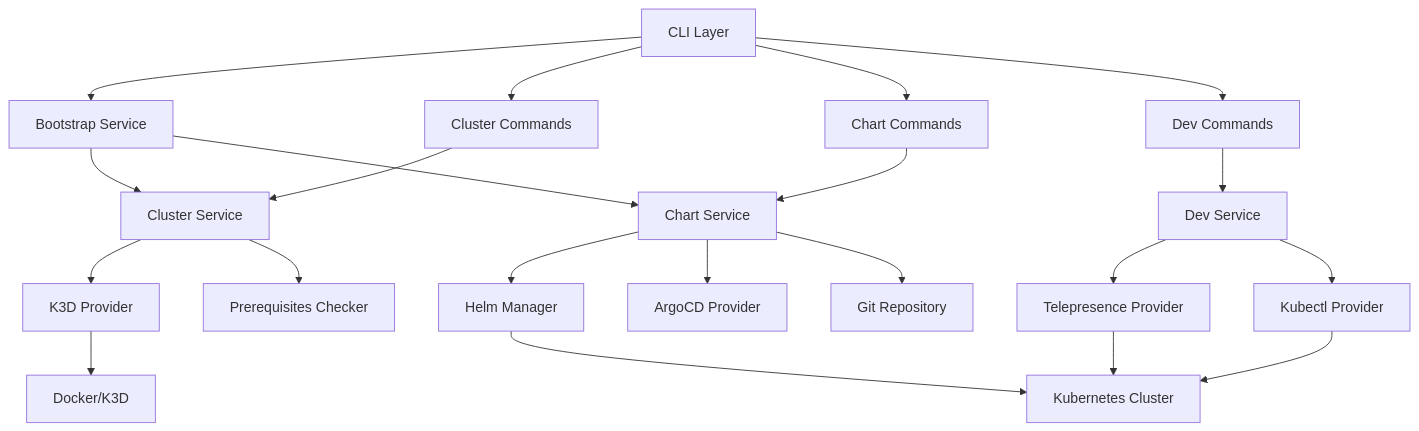
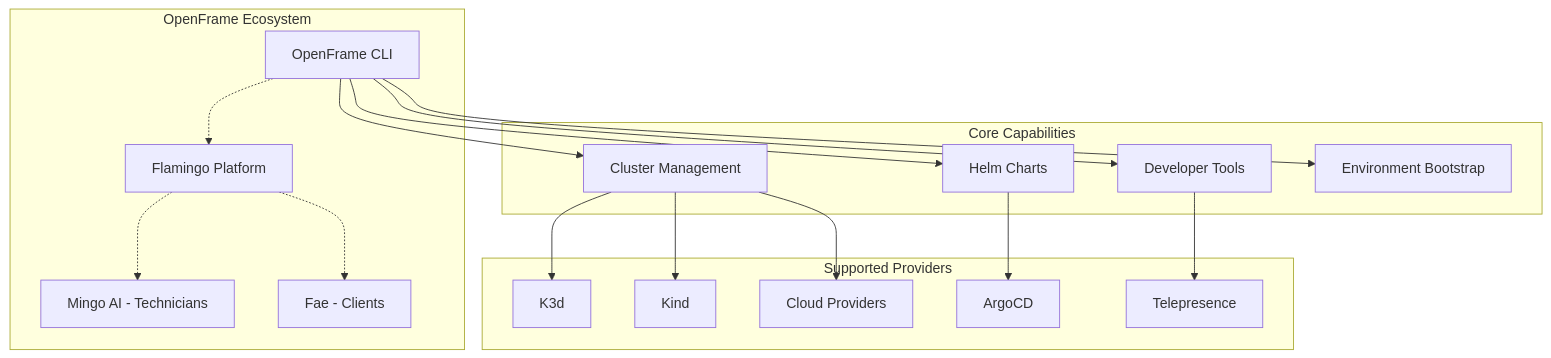
Before and after one commit to flamingo-stack/openframe-cli: the first of 2 diagrams in docs/getting-started/introduction.md, drawn with Mermaid. The commit also changed other lines of this file and 51 other files, not shown here.

````diff
--- a/docs/getting-started/introduction.md
+++ b/docs/getting-started/introduction.md
@@ -40,29 +15,40 @@
 ```mermaid
 graph TB
-    CLI[CLI Layer] --> Bootstrap[Bootstrap Service]
-    CLI --> Cluster[Cluster Commands]
-    CLI --> Chart[Chart Commands]
-    CLI --> Dev[Dev Commands]
+    subgraph "OpenFrame Ecosystem"
+        CLI[OpenFrame CLI]
+        FLAMINGO[Flamingo Platform]
+        MINGO[Mingo AI - Technicians]
+        FAE[Fae - Clients]
+    end
     
-    Bootstrap --> ClusterSvc[Cluster Service]
-    Bootstrap --> ChartSvc[Chart Service]
+    subgraph "Core Capabilities"
+        CLUSTER[Cluster Management]
+        CHARTS[Helm Charts]
+        DEV[Developer Tools]
+        BOOTSTRAP[Environment Bootstrap]
+    end
     
-    Cluster --> ClusterSvc
-    Chart --> ChartSvc
-    Dev --> DevSvc[Dev Service]
+    subgraph "Supported Providers"
+        K3D[K3d]
+        KIND[Kind]
+        CLOUD[Cloud Providers]
+        ARGOCD[ArgoCD]
+        TELEPRESENCE[Telepresence]
+    end
     
-    ClusterSvc --> K3D[K3D Provider]
-    ClusterSvc --> Prerequisites[Prerequisites Checker]
+    CLI --> CLUSTER
+    CLI --> CHARTS
+    CLI --> DEV
+    CLI --> BOOTSTRAP
     
-    ChartSvc --> Helm[Helm Manager]
-    ChartSvc --> ArgoCD[ArgoCD Provider]
-    ChartSvc --> Git[Git Repository]
+    CLUSTER --> K3D
+    CLUSTER --> KIND
+    CLUSTER --> CLOUD
     
-    DevSvc --> Telepresence[Telepresence Provider]
-    DevSvc --> Kubectl[Kubectl Provider]
+    CHARTS --> ARGOCD
+    DEV --> TELEPRESENCE
     
-    K3D --> Docker[Docker/K3D]
-    Helm --> K8s[Kubernetes Cluster]
-    Telepresence --> K8s
-    Kubectl --> K8s
+    CLI -.-> FLAMINGO
+    FLAMINGO -.-> MINGO
+    FLAMINGO -.-> FAE
 ```
````
